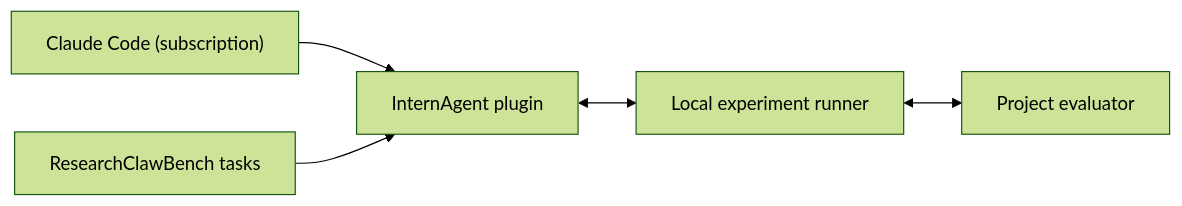
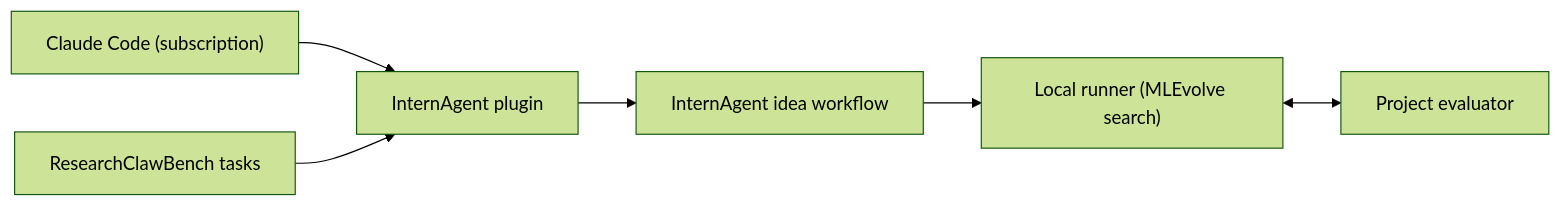
Before and after one commit to rexkwoncode/internagent-claude: the second of 2 diagrams in README.md, drawn with Mermaid (forest theme). The commit also changed other lines of this file and 8 other files, not shown here.

Commit message:
Port InternAgent discovery rounds and branch exploration

````diff
--- a/README.md
+++ b/README.md
@@ -31,7 +30,8 @@
 ```mermaid
 flowchart LR
     Claude["Claude Code (subscription)"] --> Plugin["InternAgent plugin"]
-    Plugin <--> Runner["Local experiment runner"]
+    Plugin --> Discovery["InternAgent idea workflow"]
+    Discovery --> Runner["Local runner (MLEvolve search)"]
     Runner <--> Evaluator["Project evaluator"]
     ResearchClaw["ResearchClawBench tasks"] --> Plugin
 ```
````
